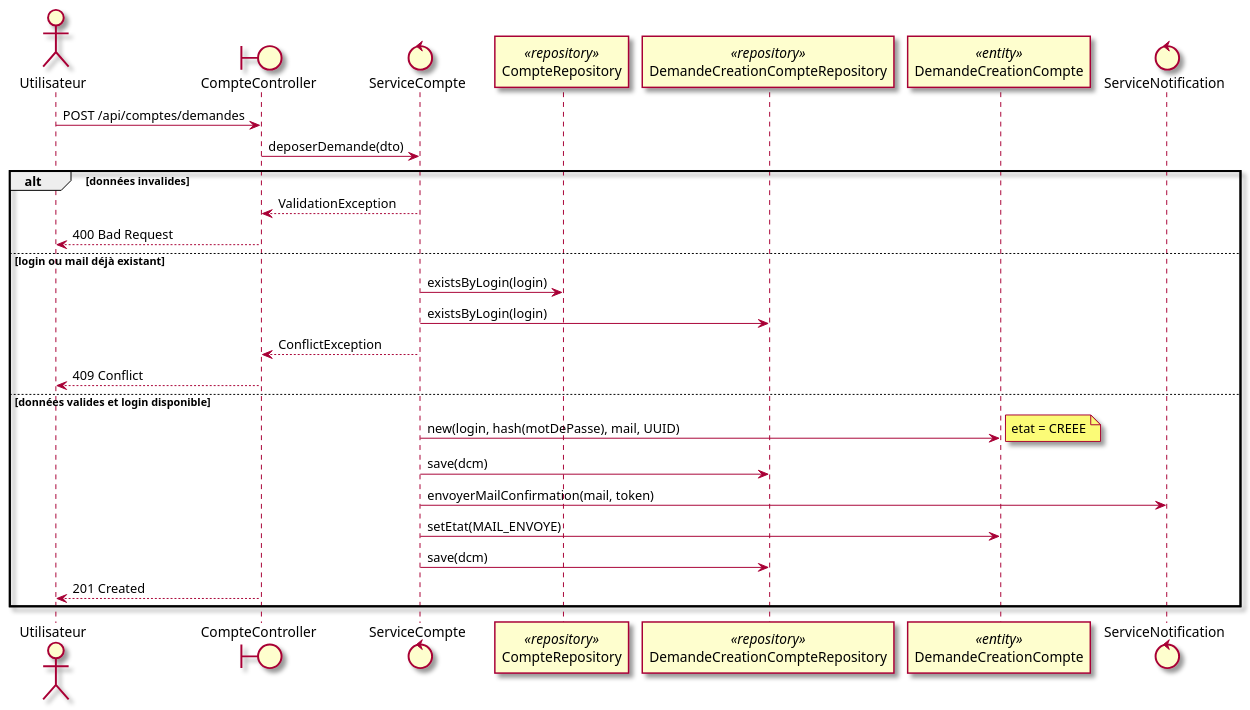
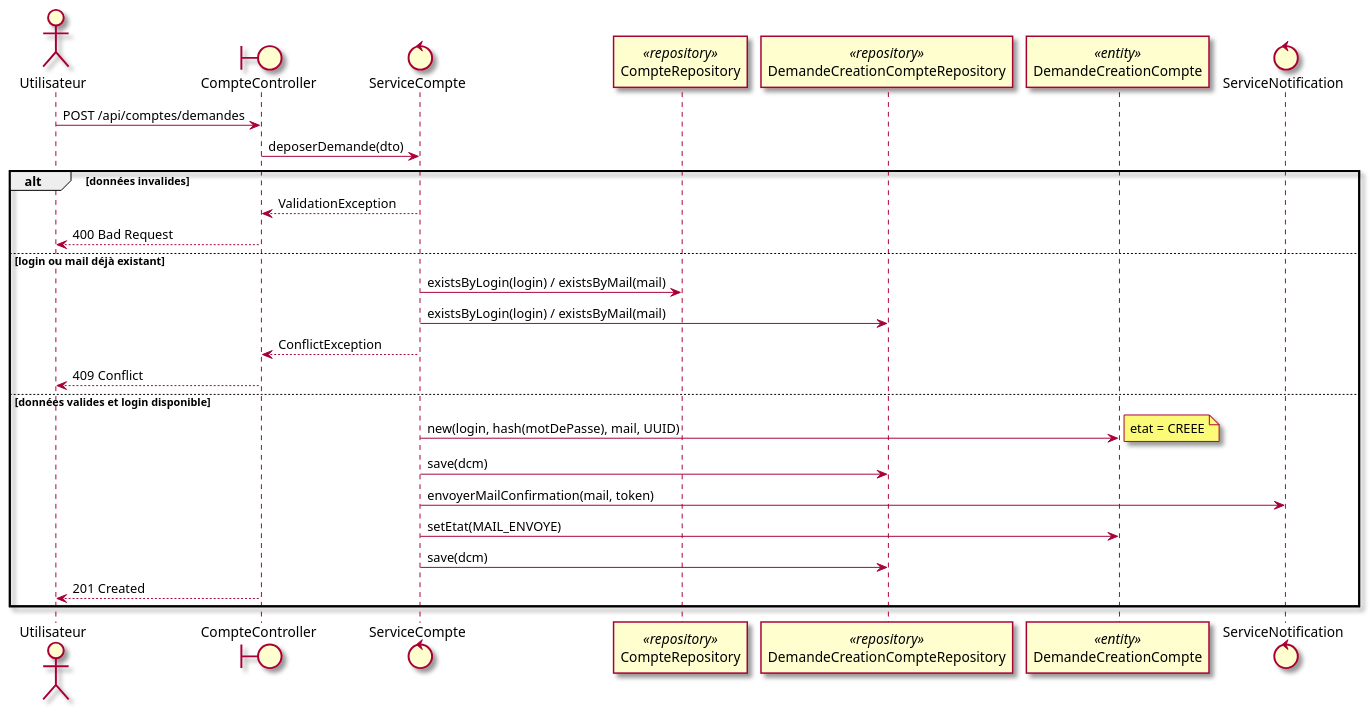
One commit to mrajaonson/glg204-room-management-system changed the sixth of 38 diagrams in docs/03-Conception.md. Above: the diagram before and after it, drawn with PlantUML. The commit also changed other lines of this file, not shown here.

````diff
--- a/docs/03-Conception.md
+++ b/docs/03-Conception.md
@@ -491,33 +512,33 @@
 ```plantuml
 @startuml
 skin rose
 
 actor Utilisateur as u
 boundary CompteController as ctrl
 control ServiceCompte as svc
 participant CompteRepository as compteRepo <<repository>>
 participant DemandeCreationCompteRepository as dcmRepo <<repository>>
 participant DemandeCreationCompte as dcm <<entity>>
 control ServiceNotification as notif
 
 u -> ctrl : POST /api/comptes/demandes
 ctrl -> svc : deposerDemande(dto)
 alt données invalides
   svc --> ctrl : ValidationException
   ctrl --> u : 400 Bad Request
 else login ou mail déjà existant
-  svc -> compteRepo : existsByLogin(login)
-  svc -> dcmRepo : existsByLogin(login)
+  svc -> compteRepo : existsByLogin(login) / existsByMail(mail)
+  svc -> dcmRepo : existsByLogin(login) / existsByMail(mail)
   svc --> ctrl : ConflictException
   ctrl --> u : 409 Conflict
 else données valides et login disponible
   svc -> dcm : new(login, hash(motDePasse), mail, UUID)
   note right : etat = CREEE
   svc -> dcmRepo : save(dcm)
   svc -> notif : envoyerMailConfirmation(mail, token)
   svc -> dcm : setEtat(MAIL_ENVOYE)
   svc -> dcmRepo : save(dcm)
   ctrl --> u : 201 Created
 end
 @enduml
 ```
````
